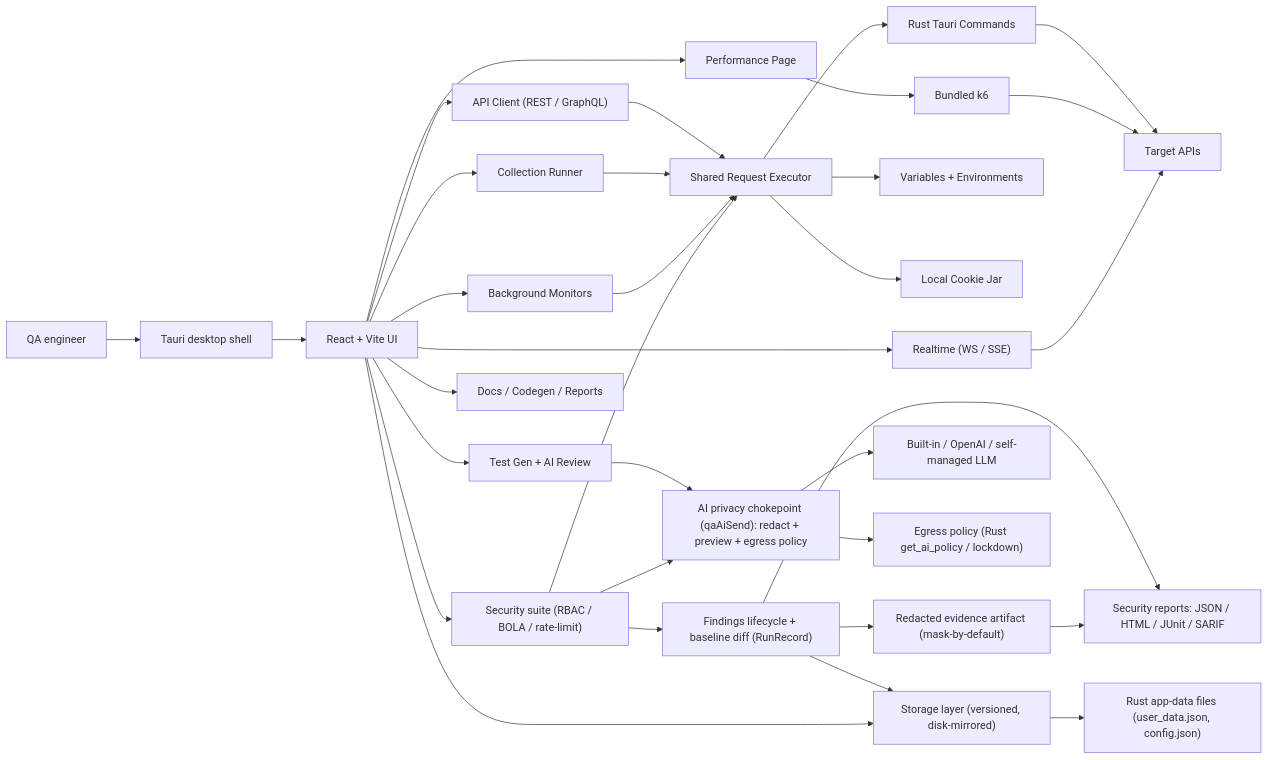
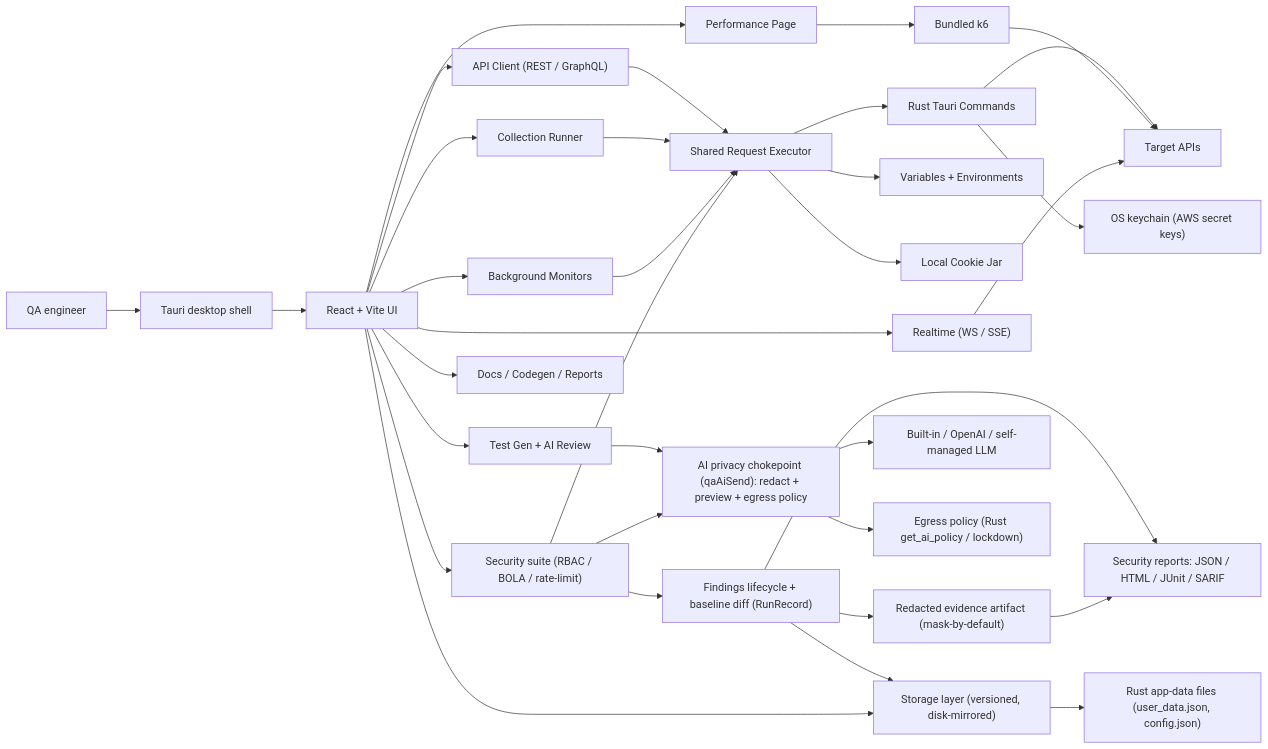
The diagram in README.md (asdfghj1237890/qa-touchstone), drawn with Mermaid before and after one commit. The commit also changed other lines of this file and 4 other files, not shown here.

````diff
--- a/README.md
+++ b/README.md
@@ -125,41 +138,42 @@
 ```mermaid
 flowchart LR
   User["QA engineer"] --> Shell["Tauri desktop shell"]
   Shell --> UI["React + Vite UI"]
 
   UI --> Client["API Client (REST / GraphQL)"]
   UI --> Runner["Collection Runner"]
   UI --> Security["Security suite (RBAC / BOLA / rate-limit)"]
   UI --> Monitors["Background Monitors"]
   UI --> Perf["Performance Page"]
   UI --> AI["Test Gen + AI Review"]
   UI --> Realtime["Realtime (WS / SSE)"]
   UI --> Docs["Docs / Codegen / Reports"]
 
   Client --> Executor["Shared Request Executor"]
   Runner --> Executor
   Monitors --> Executor
   Security --> Executor
 
   Security --> Findings["Findings lifecycle + baseline diff (RunRecord)"]
   Findings --> Evidence["Redacted evidence artifact (mask-by-default)"]
   Findings --> Reports["Security reports: JSON / HTML / JUnit / SARIF"]
   Evidence --> Reports
 
   Executor --> Vars["Variables + Environments"]
   Executor --> Cookies["Local Cookie Jar"]
   Executor --> Rust["Rust Tauri Commands"]
   Rust --> APIs["Target APIs"]
+  Rust --> Keychain["OS keychain (AWS secret keys)"]
 
   Perf --> K6["Bundled k6"]
   K6 --> APIs
   Realtime --> APIs
 
   AI --> AIGate["AI privacy chokepoint (qaAiSend): redact + preview + egress policy"]
   Security --> AIGate
   AIGate --> LLM["Built-in / OpenAI / self-managed LLM"]
   AIGate --> AIPolicy["Egress policy (Rust get_ai_policy / lockdown)"]
   Findings --> Storage["Storage layer (versioned, disk-mirrored)"]
   Storage --> Disk["Rust app-data files (user_data.json, config.json)"]
   UI --> Storage
 ```
````
